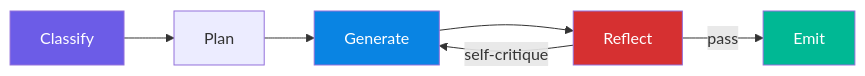
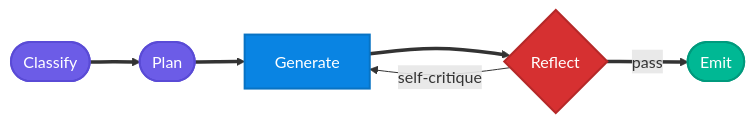
The second of 4 diagrams in README.md (theLightArchitect/SOUL), drawn with Mermaid before and after one commit. The commit also changed other lines of this file, not shown here.

Commit message:
Upgrade diagrams: subgraphs, classDef, cylinders, asymmetric nodes, theme

````diff
--- a/README.md
+++ b/README.md
@@ -44,13 +58,17 @@
 ```mermaid
 flowchart LR
-    A[Classify] --> B[Plan]
-    B --> C[Generate]
-    C --> D[Reflect]
-    D -->|self-critique| C
-    D -->|pass| E[Emit]
+    A([Classify]) ==> B([Plan]) ==> C[Generate]
+    C ==> D{Reflect}
+    D -->|"self-critique"| C
+    D ==>|"pass"| E([Emit])
 
-    style A fill:#6c5ce7,color:#fff
-    style C fill:#0984e3,color:#fff
-    style D fill:#d63031,color:#fff
-    style E fill:#00b894,color:#fff
+    classDef phase fill:#6c5ce7,color:#fff,stroke:#5a4bd6,stroke-width:2px
+    classDef gen fill:#0984e3,color:#fff,stroke:#0873c4,stroke-width:2px
+    classDef gate fill:#d63031,color:#fff,stroke:#b52828,stroke-width:2px
+    classDef output fill:#00b894,color:#fff,stroke:#009a7d,stroke-width:2px
+
+    class A,B phase
+    class C gen
+    class D gate
+    class E output
 ```
````
